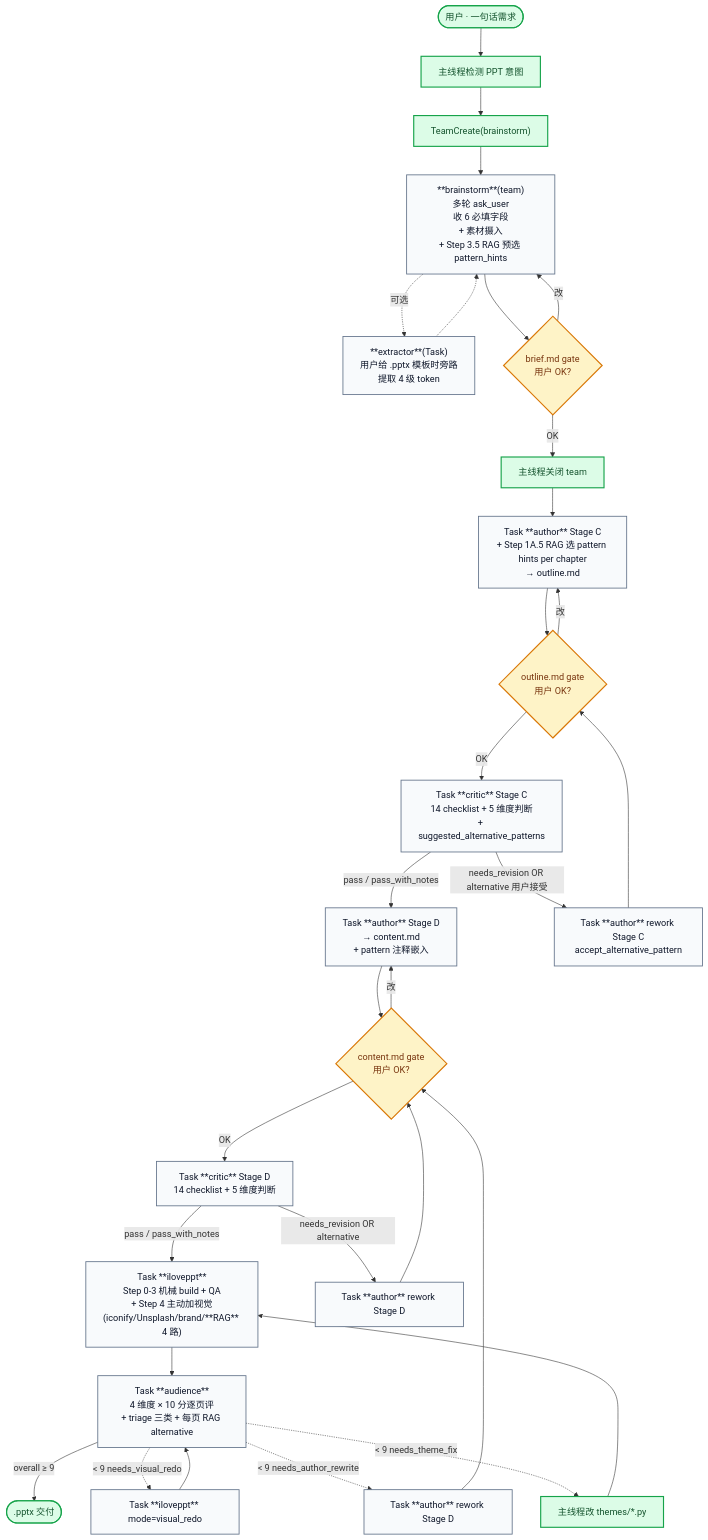
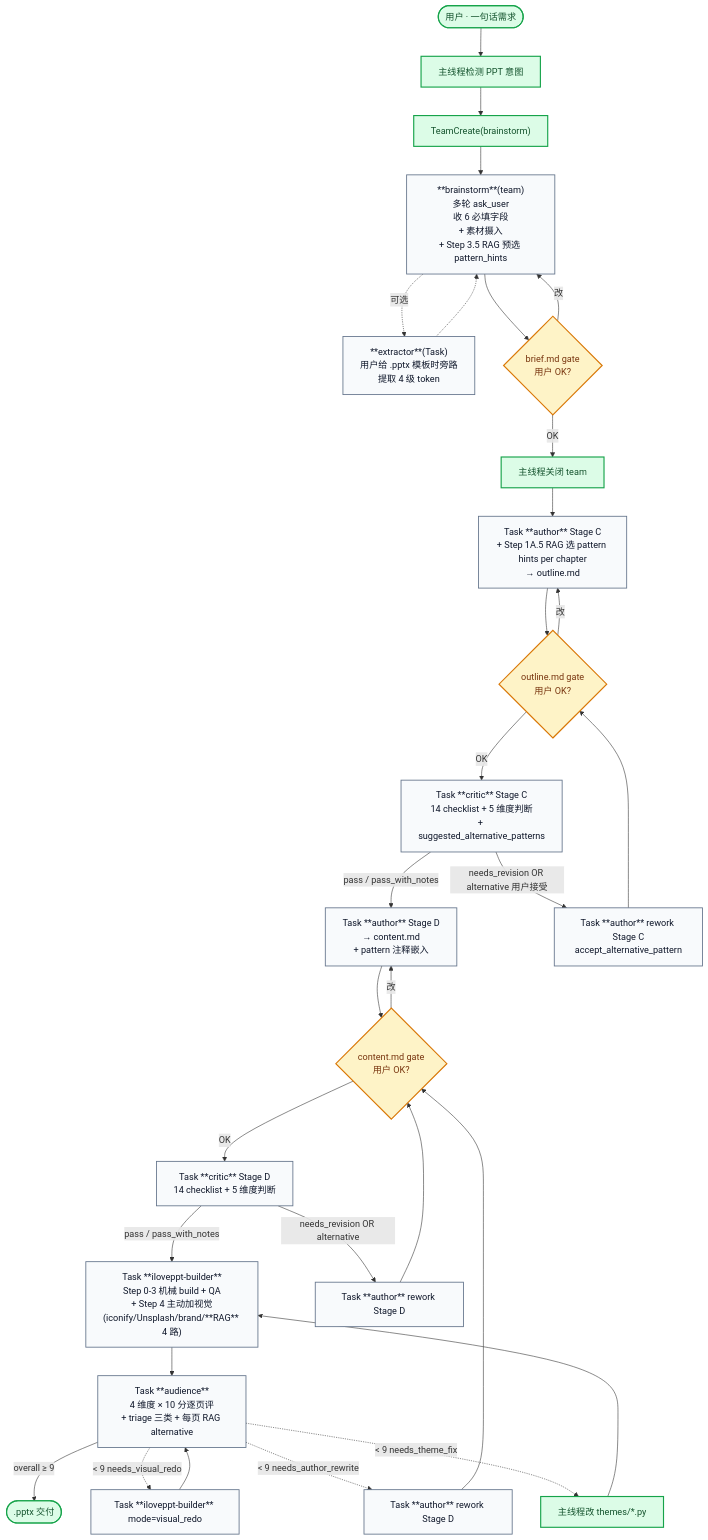
One commit to pcliangx/iLovePPT changed the second of 12 diagrams in docs/agent-internals.zh.md. Above: the diagram before and after it, drawn with Mermaid. The commit also changed other lines of this file and 38 other files, not shown here.

````diff
--- a/docs/agent-internals.zh.md
+++ b/docs/agent-internals.zh.md
@@ -110,40 +106,40 @@
 ```mermaid
 flowchart TB
     U([用户 · 一句话需求]) --> M0
     M0[主线程检测 PPT 意图] --> TC["TeamCreate(brainstorm)"]
     TC --> BS["**brainstorm**(team)<br/>多轮 ask_user<br/>收 6 必填字段<br/>+ 素材摄入<br/>+ Step 3.5 RAG 预选 pattern_hints"]
     BS -.->|可选| EXT["**extractor**(Task)<br/>用户给 .pptx 模板时旁路<br/>提取 4 级 token"]
     EXT -.-> BS
     BS --> BG{brief.md gate<br/>用户 OK?}
     BG -->|改| BS
     BG -->|OK| CT["主线程关闭 team"]
     CT --> AC["Task **author** Stage C<br/>+ Step 1A.5 RAG 选 pattern hints per chapter<br/>→ outline.md"]
     AC --> OG{outline.md gate<br/>用户 OK?}
     OG -->|改| AC
     OG -->|OK| CC["Task **critic** Stage C<br/>14 checklist + 5 维度判断<br/>+ suggested_alternative_patterns"]
     CC -->|pass / pass_with_notes| AD["Task **author** Stage D<br/>→ content.md<br/>+ pattern 注释嵌入"]
     CC -->|needs_revision OR alternative 用户接受| AC2["Task **author** rework Stage C<br/>accept_alternative_pattern"]
     AC2 --> OG
     AD --> CG{content.md gate<br/>用户 OK?}
     CG -->|改| AD
     CG -->|OK| CD["Task **critic** Stage D<br/>14 checklist + 5 维度判断"]
-    CD -->|pass / pass_with_notes| BD["Task **iloveppt**<br/>Step 0-3 机械 build + QA<br/>+ Step 4 主动加视觉(iconify/Unsplash/brand/**RAG** 4 路)"]
+    CD -->|pass / pass_with_notes| BD["Task **iloveppt-builder**<br/>Step 0-3 机械 build + QA<br/>+ Step 4 主动加视觉(iconify/Unsplash/brand/**RAG** 4 路)"]
     CD -->|needs_revision OR alternative| AD2["Task **author** rework Stage D"]
     AD2 --> CG
     BD --> AU["Task **audience**<br/>4 维度 × 10 分逐页评<br/>+ triage 三类 + 每页 RAG alternative"]
     AU -->|overall ≥ 9| OUT([.pptx 交付])
-    AU -.->|< 9 needs_visual_redo| BD2["Task **iloveppt** mode=visual_redo"]
+    AU -.->|< 9 needs_visual_redo| BD2["Task **iloveppt-builder** mode=visual_redo"]
     AU -.->|< 9 needs_author_rewrite| AD3["Task **author** rework Stage D"]
     AU -.->|< 9 needs_theme_fix| ED[主线程改 themes/*.py]
     BD2 --> AU
     AD3 --> CG
     ED --> BD
 
     classDef agent fill:#F8FAFC,stroke:#64748B,stroke-width:1.5px,color:#0F172A
     classDef gate fill:#FEF3C7,stroke:#D97706,stroke-width:2px,color:#78350F
     classDef io fill:#DCFCE7,stroke:#16A34A,stroke-width:2px,color:#14532D
 
     class BS,EXT,AC,AC2,CC,AD,AD2,AD3,CD,BD,BD2,AU agent
     class BG,OG,CG gate
     class U,OUT,M0,TC,CT,ED io
 ```
````
